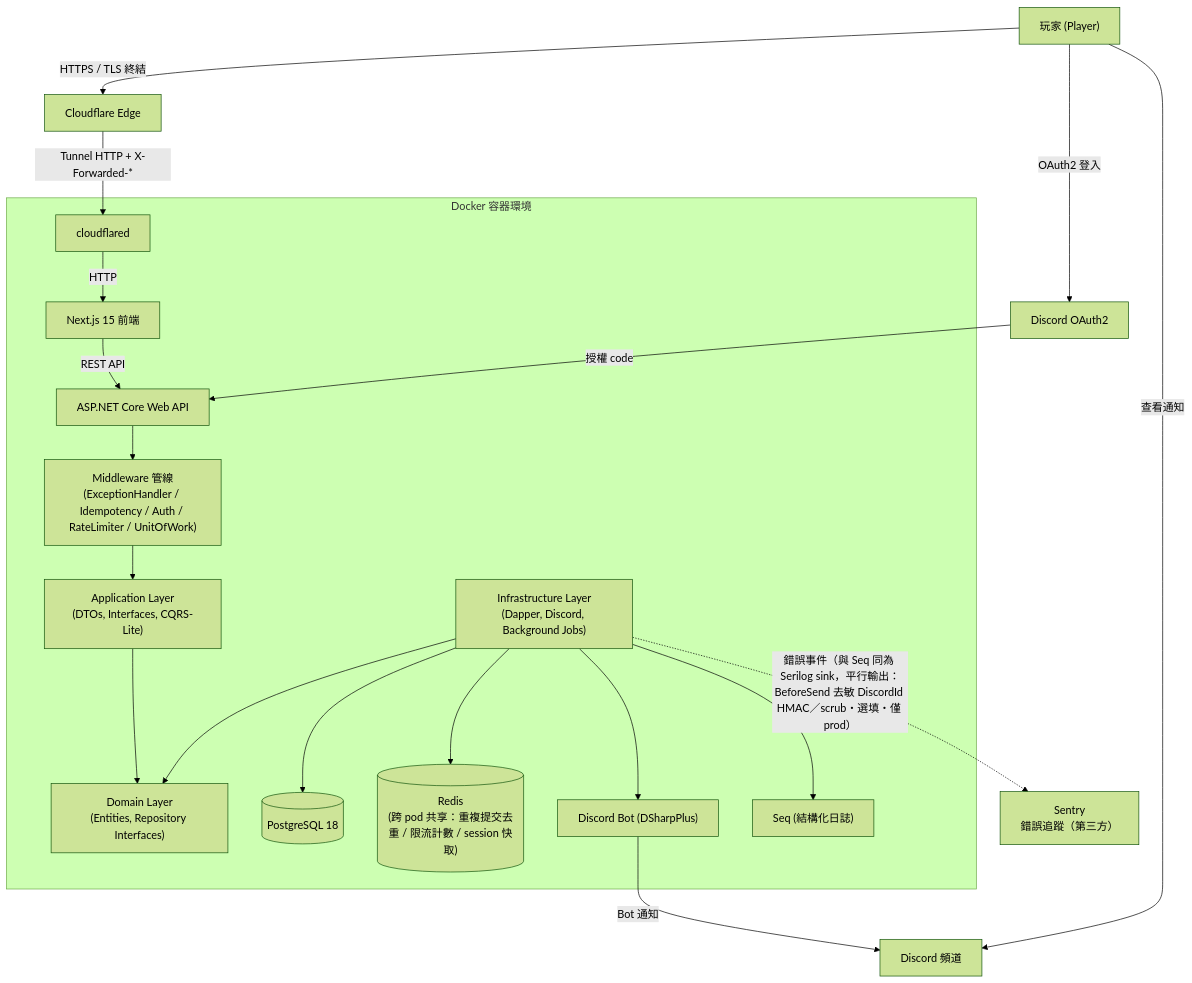
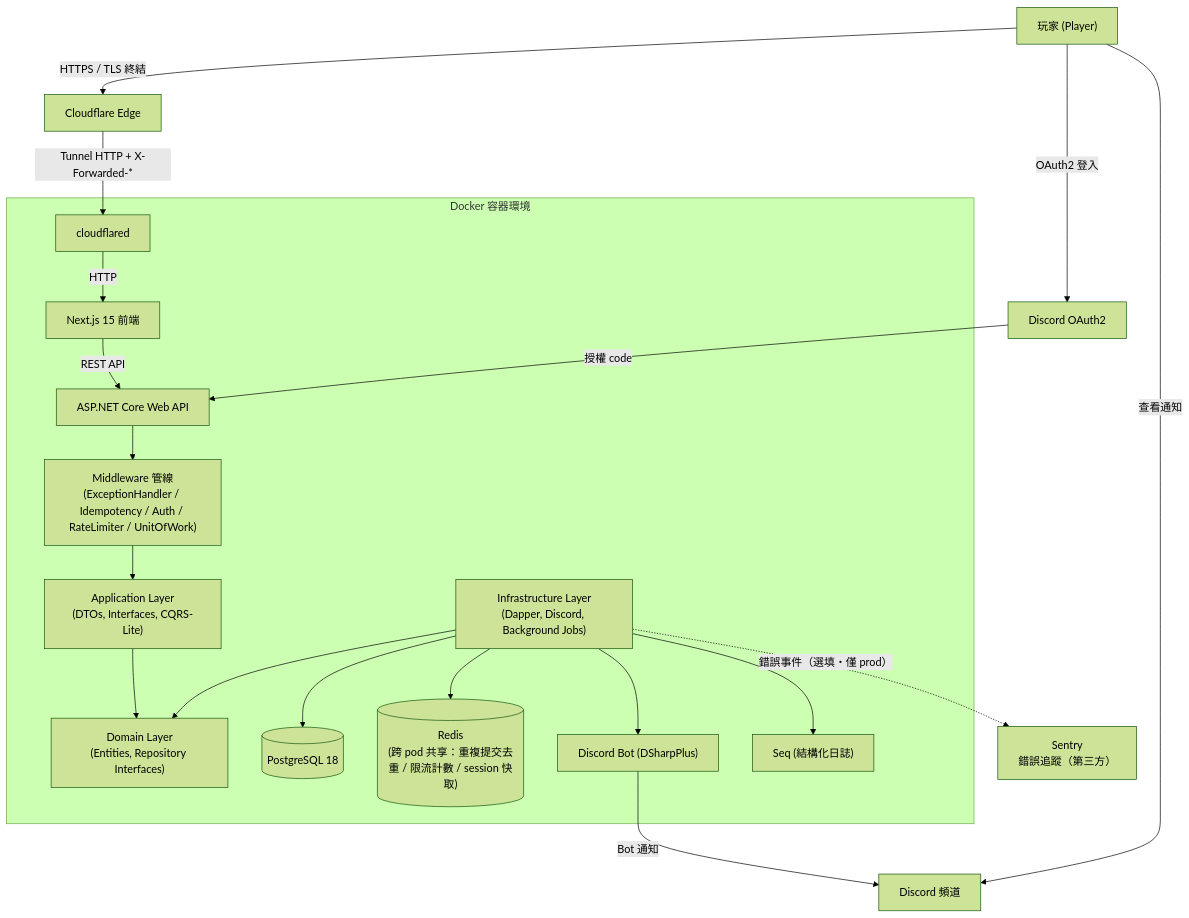
Before and after one commit to MinMiss5678/MapleStoryRaidScheduler: the first of 11 diagrams in docs/architecture.md, drawn with Mermaid (forest theme).

Commit message:
docs(architecture): 精簡 Sentry 邊標籤（細節留文字）
架構圖 Sentry 邊標籤只留「錯誤事件（選填・僅 prod）」；「與 Seq 平行」由圖示自明、BeforeSend/HMAC/scrub 去敏細節留在文字段落，不塞進邊標籤。

````diff
--- a/docs/architecture.md
+++ b/docs/architecture.md
@@ -11,26 +11,26 @@
 ```mermaid
 graph TD
     User["玩家 (Player)"] -->|HTTPS / TLS 終結| Cloudflare["Cloudflare Edge"]
     Cloudflare -->|Tunnel HTTP + X-Forwarded-*| Cloudflared["cloudflared"]
 
     subgraph "Docker 容器環境"
         Cloudflared -->|HTTP| Frontend["Next.js 15 前端"]
         Frontend -->|REST API| Backend["ASP.NET Core Web API"]
         Backend --> Middleware["Middleware 管線\n(ExceptionHandler / Idempotency / Auth / RateLimiter / UnitOfWork)"]
         Middleware --> Application["Application Layer\n(DTOs, Interfaces, CQRS-Lite)"]
         Application --> Domain["Domain Layer\n(Entities, Repository Interfaces)"]
         Infrastructure["Infrastructure Layer\n(Dapper, Discord, Background Jobs)"] --> Domain
 
         Infrastructure --> DB[("PostgreSQL 18")]
         Infrastructure --> Redis[("Redis\n(跨 pod 共享：重複提交去重 / 限流計數 / session 快取)")]
         Infrastructure --> DiscordBot["Discord Bot (DSharpPlus)"]
         Infrastructure --> Seq["Seq (結構化日誌)"]
     end
 
     DiscordBot -->|Bot 通知| DiscordChannel["Discord 頻道"]
     User -->|查看通知| DiscordChannel
     User -->|OAuth2 登入| DiscordOAuth["Discord OAuth2"]
     DiscordOAuth -->|授權 code| Backend
 
-    Infrastructure -.->|"錯誤事件（與 Seq 同為 Serilog sink，平行輸出：BeforeSend 去敏 DiscordId HMAC／scrub・選填・僅 prod）"| Sentry["Sentry\n錯誤追蹤（第三方）"]
+    Infrastructure -.->|"錯誤事件（選填・僅 prod）"| Sentry["Sentry\n錯誤追蹤（第三方）"]
 ```
````
